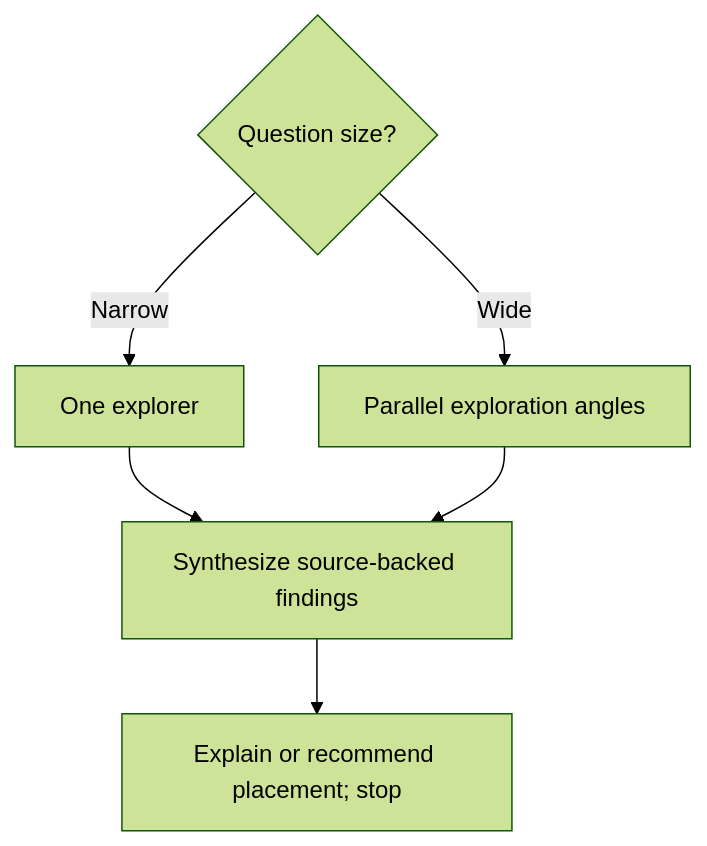
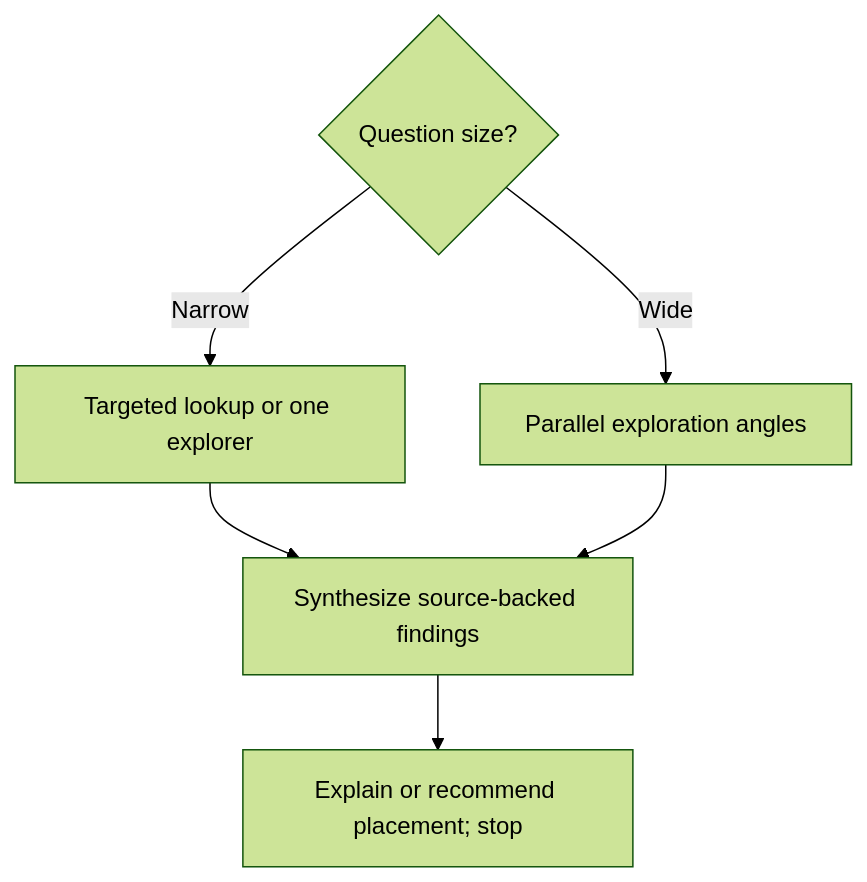
The sixth of 16 diagrams in README.md (LeoMartinDev/skills), drawn with Mermaid (forest theme) before and after one commit. The commit also changed other lines of this file and 16 other files, not shown here.

````diff
--- a/README.md
+++ b/README.md
@@ -147,8 +147,8 @@
 ```mermaid
 flowchart TD
-    Q{"Question size?"} -->|Narrow| E["One explorer"]
+    Q{"Question size?"} -->|Narrow| E["Targeted lookup or one explorer"]
     Q -->|Wide| P["Parallel exploration angles"]
     E --> S["Synthesize source-backed findings"]
     P --> S
     S --> O["Explain or recommend placement; stop"]
 ```
````
